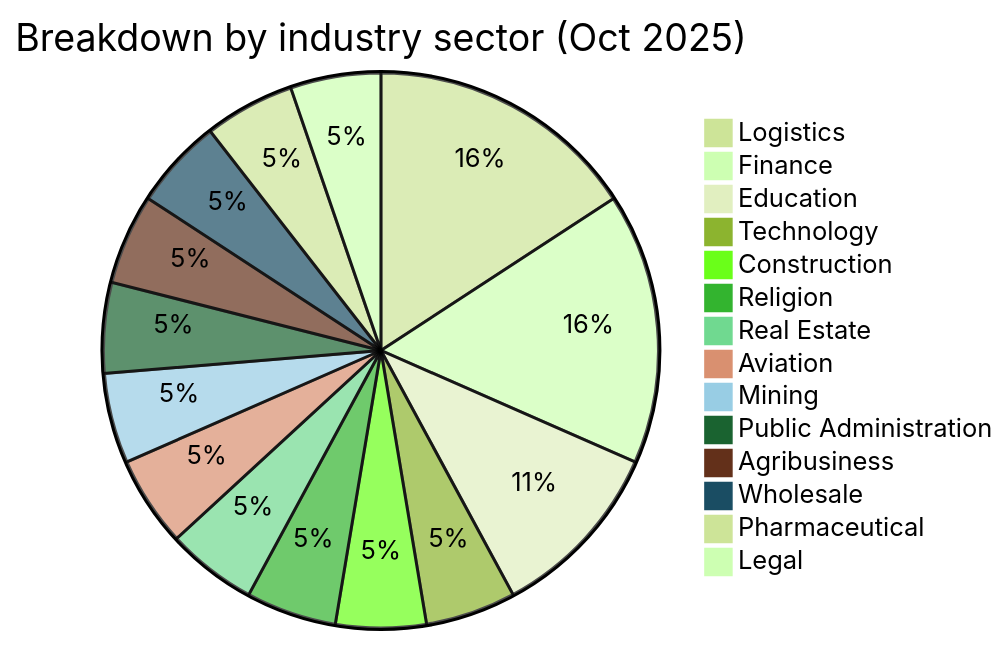
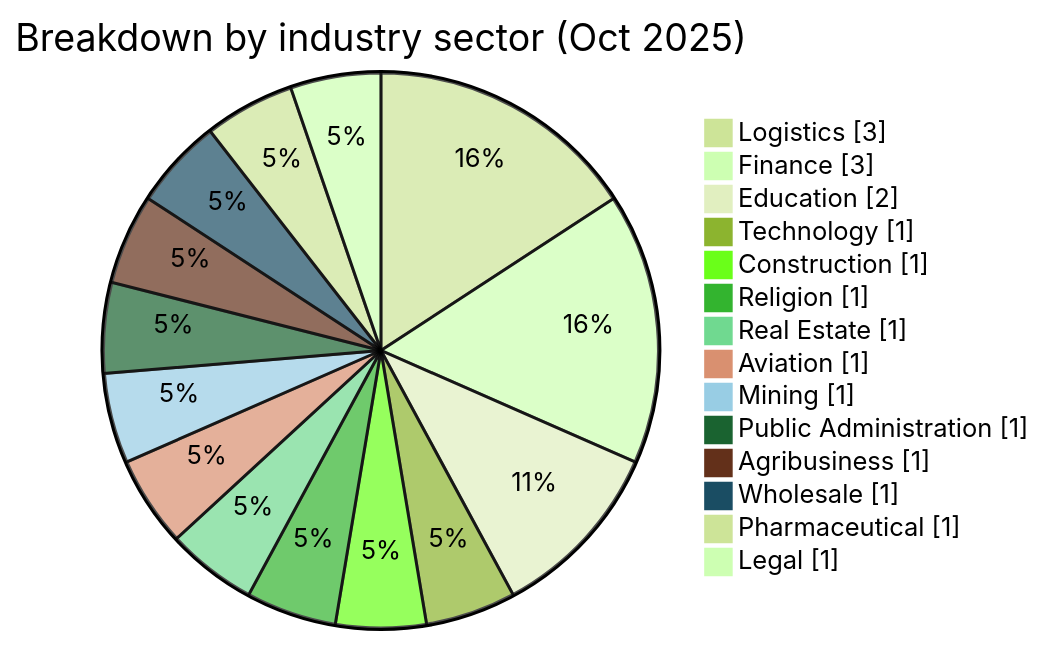
Before and after one commit to Hatchepsoute/AFRINTEL: the second of 7 diagrams in CyberAttackAfrica/2025/10-october/README.md, drawn with Mermaid (forest theme). The commit also changed other lines of this file and 182 other files, not shown here.

````diff
--- a/CyberAttackAfrica/2025/10-october/README.md
+++ b/CyberAttackAfrica/2025/10-october/README.md
@@ -88,17 +91,18 @@
 ```mermaid
-pie title Breakdown by industry sector (Oct 2025)
+pie showData
+    title Breakdown by industry sector (Oct 2025)
     "Logistics" : 3
     "Finance" : 3
     "Education" : 2
     "Technology" : 1
     "Construction" : 1
     "Religion" : 1
     "Real Estate" : 1
     "Aviation" : 1
     "Mining" : 1
     "Public Administration" : 1
     "Agribusiness" : 1
     "Wholesale" : 1
     "Pharmaceutical" : 1
     "Legal" : 1
 ```
````
